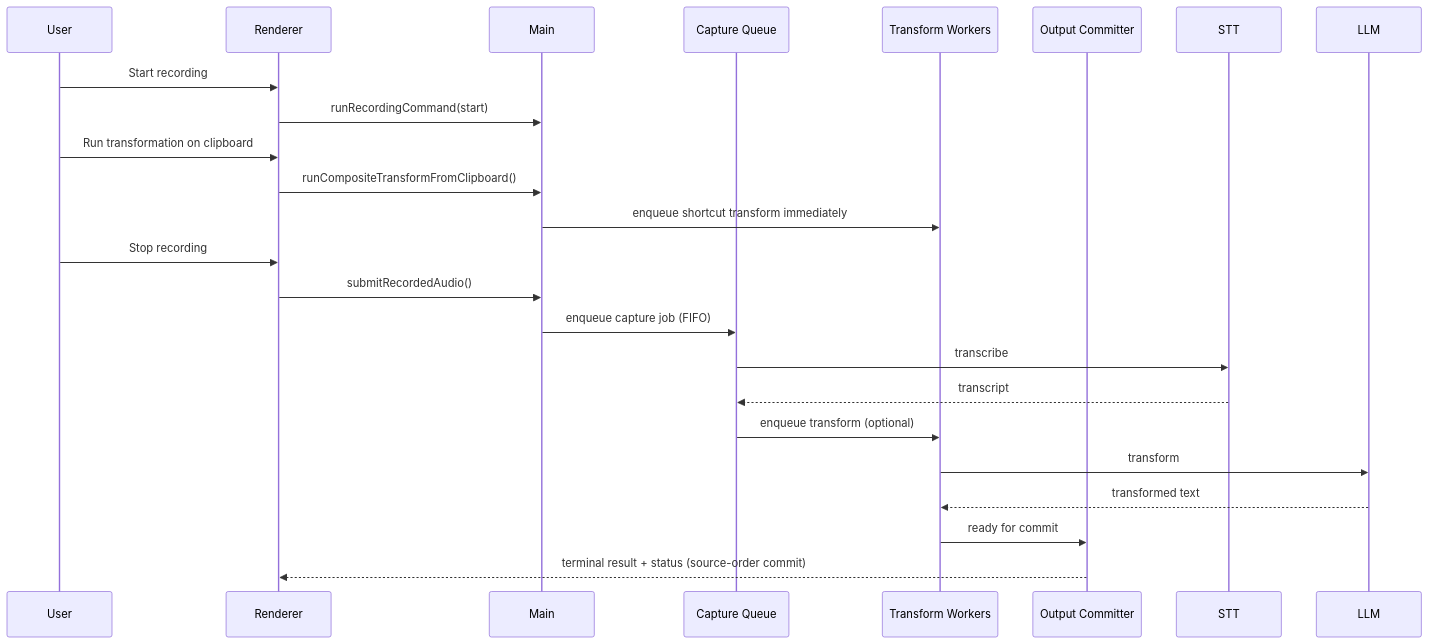
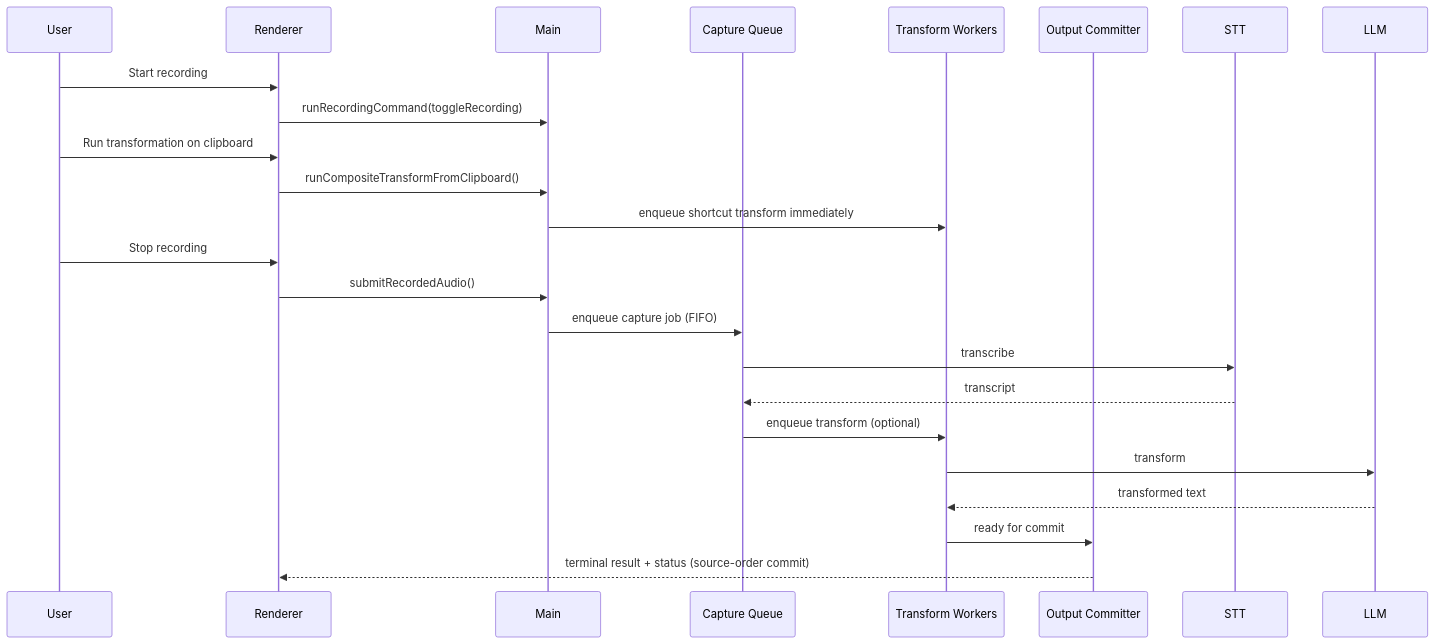
One commit to massun-onibakuchi/speech-to-text-app changed the fifth of 8 diagrams in specs/spec.md. Above: the diagram before and after it, drawn with Mermaid. The commit also changed other lines of this file, not shown here.

````diff
--- a/specs/spec.md
+++ b/specs/spec.md
@@ -550,27 +545,27 @@
 ```mermaid
 sequenceDiagram
   participant U as User
   participant R as Renderer
   participant M as Main
   participant CQ as Capture Queue
   participant TW as Transform Workers
   participant OC as Output Committer
   participant S as STT
   participant L as LLM
 
   U->>R: Start recording
-  R->>M: runRecordingCommand(start)
+  R->>M: runRecordingCommand(toggleRecording)
   U->>R: Run transformation on clipboard
   R->>M: runCompositeTransformFromClipboard()
   M->>TW: enqueue shortcut transform immediately
   U->>R: Stop recording
   R->>M: submitRecordedAudio()
   M->>CQ: enqueue capture job (FIFO)
   CQ->>S: transcribe
   S-->>CQ: transcript
   CQ->>TW: enqueue transform (optional)
   TW->>L: transform
   L-->>TW: transformed text
   TW->>OC: ready for commit
   OC-->>R: terminal result + status (source-order commit)
 ```
````
